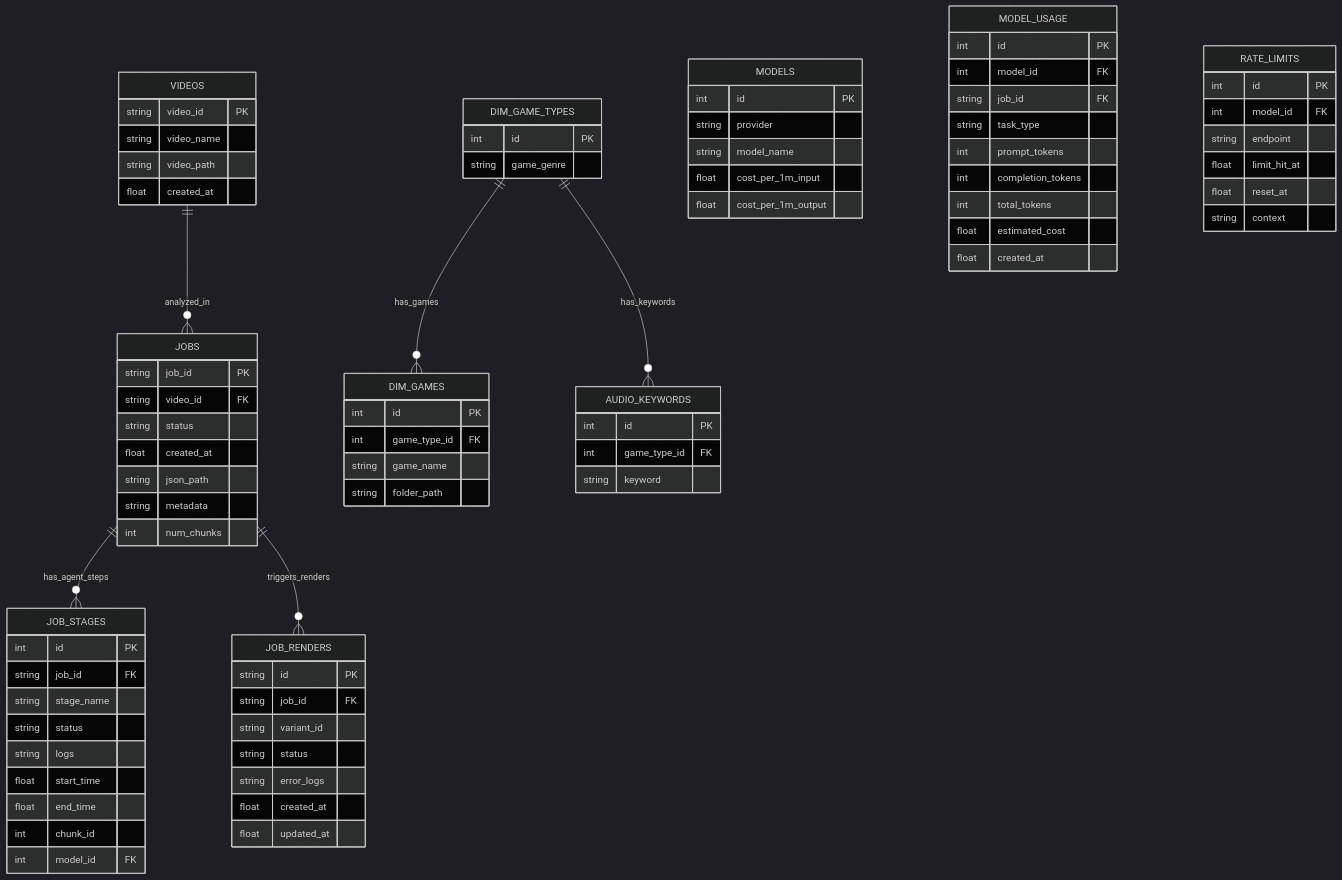
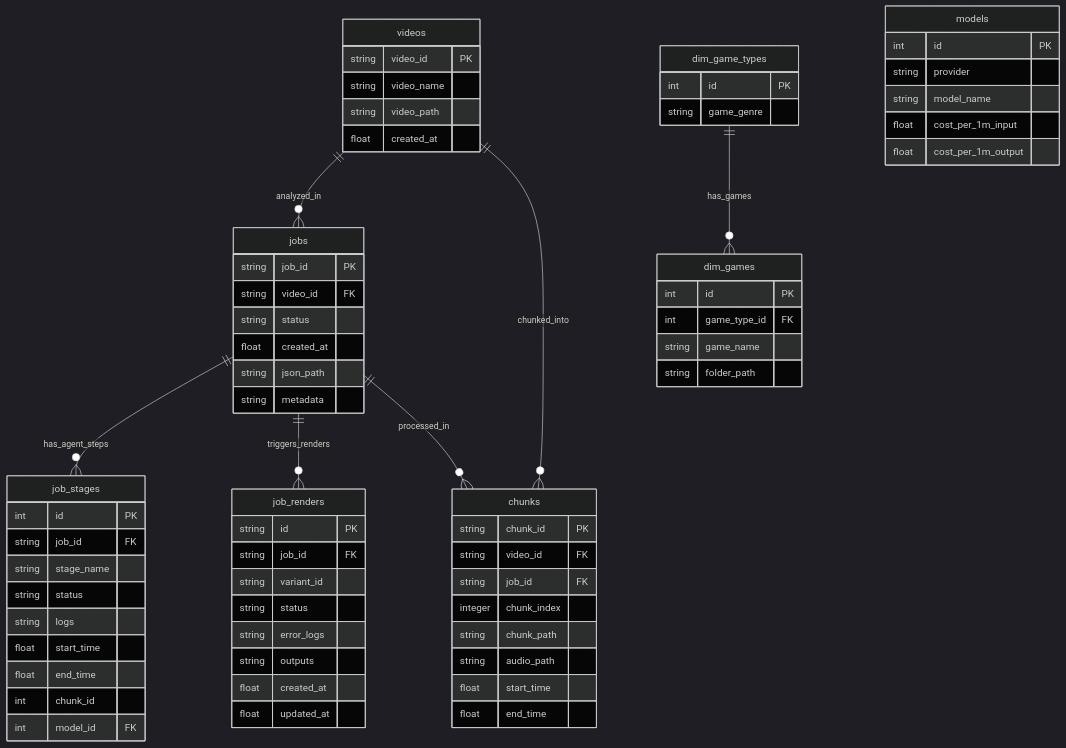
Before and after one commit to sudo-krish/youtube-shorts-generator-antigravity: the diagram in docs/Database/Schema.md, drawn with Mermaid (dark theme). The commit also changed other lines of this file and 113 other files, not shown here.

````diff
--- a/docs/Database/Schema.md
+++ b/docs/Database/Schema.md
@@ -24,30 +25,41 @@
 ```mermaid
 erDiagram
-    VIDEOS ||--o{ JOBS : "analyzed_in"
-    JOBS ||--o{ JOB_STAGES : "has_agent_steps"
-    JOBS ||--o{ JOB_RENDERS : "triggers_renders"
+    videos ||--o{ jobs : "analyzed_in"
+    jobs ||--o{ job_stages : "has_agent_steps"
+    jobs ||--o{ job_renders : "triggers_renders"
+    videos ||--o{ chunks : "chunked_into"
+    jobs ||--o{ chunks : "processed_in"
     
-    DIM_GAME_TYPES ||--o{ DIM_GAMES : "has_games"
-    DIM_GAME_TYPES ||--o{ AUDIO_KEYWORDS : "has_keywords"
+    dim_game_types ||--o{ dim_games : "has_games"
 
-    VIDEOS {
+    videos {
         string video_id PK
         string video_name
         string video_path
         float created_at
     }
     
-    JOBS {
+    chunks {
+        string chunk_id PK
+        string video_id FK
+        string job_id FK
+        integer chunk_index
+        string chunk_path
+        string audio_path
+        float start_time
+        float end_time
+    }
+    
+    jobs {
         string job_id PK
         string video_id FK
         string status
         float created_at
         string json_path
         string metadata
-        int num_chunks
     }
     
-    JOB_STAGES {
+    job_stages {
         int id PK
         string job_id FK
         string stage_name
@@ -59,17 +71,18 @@
         int model_id FK
     }
     
-    JOB_RENDERS {
+    job_renders {
         string id PK
         string job_id FK
         string variant_id
         string status
         string error_logs
+        string outputs
         float created_at
         float updated_at
     }
     
-    MODELS {
+    models {
         int id PK
         string provider
         string model_name
@@ -77,42 +90,15 @@
         float cost_per_1m_output
     }
     
-    MODEL_USAGE {
-        int id PK
-        int model_id FK
-        string job_id FK
-        string task_type
-        int prompt_tokens
-        int completion_tokens
-        int total_tokens
-        float estimated_cost
-        float created_at
-    }
-    
-    RATE_LIMITS {
-        int id PK
-        int model_id FK
-        string endpoint
-        float limit_hit_at
-        float reset_at
-        string context
-    }
-    
-    DIM_GAME_TYPES {
+    dim_game_types {
         int id PK
         string game_genre
     }
     
-    DIM_GAMES {
+    dim_games {
         int id PK
         int game_type_id FK
         string game_name
         string folder_path
     }
-    
-    AUDIO_KEYWORDS {
-        int id PK
-        int game_type_id FK
-        string keyword
-    }
 ```
````
